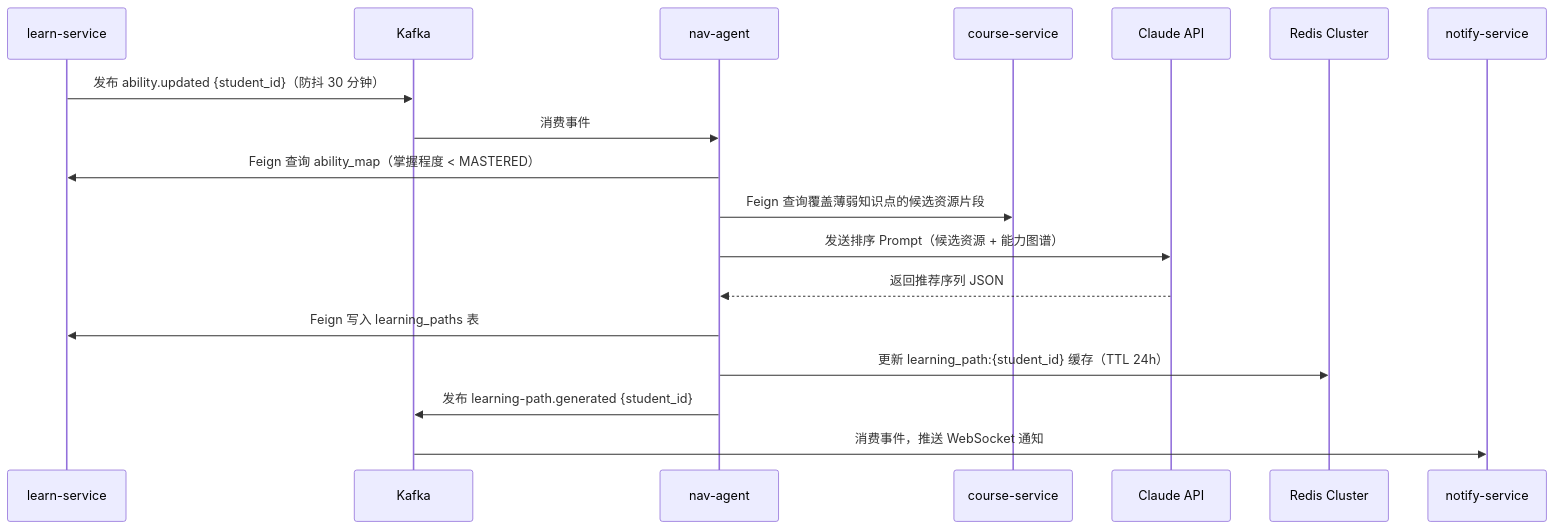
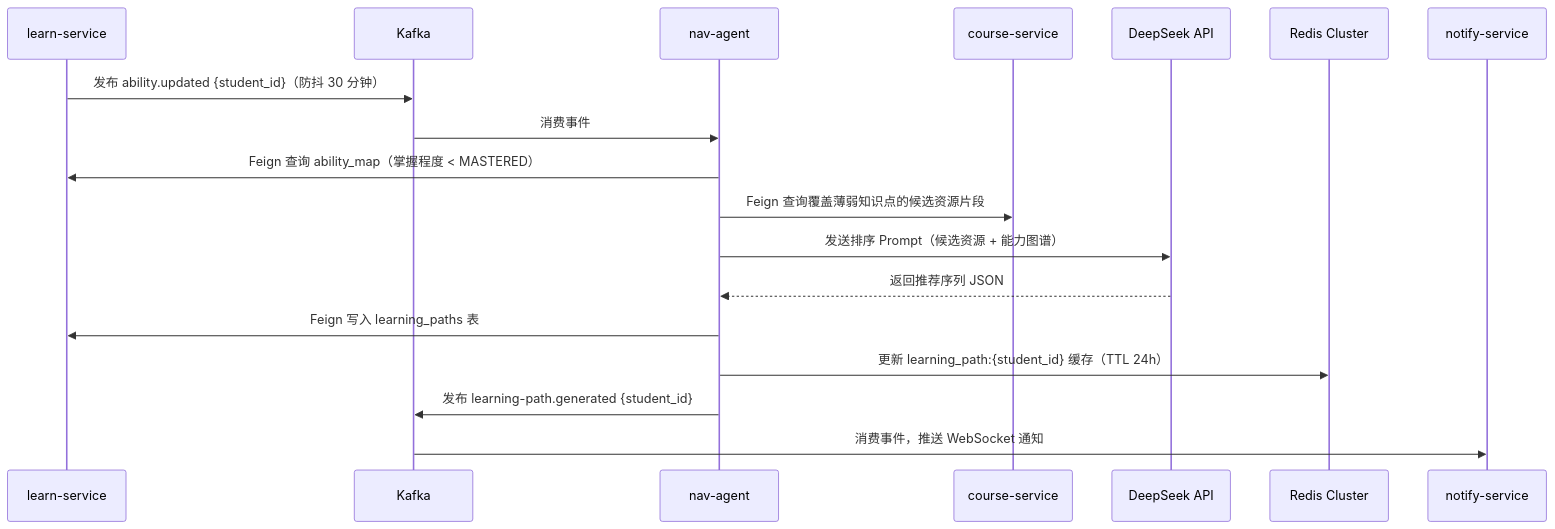
Diagram 13 of 23 in docs/design/SDD-CloudTeachingAI.md (xice-1201/CloudTeachingAI), drawn with Mermaid before and after one commit. The commit also changed other lines of this file and 6 other files, not shown here.

````diff
--- a/docs/design/SDD-CloudTeachingAI.md
+++ b/docs/design/SDD-CloudTeachingAI.md
@@ -1039,21 +1041,21 @@
 ```mermaid
 sequenceDiagram
     participant LearnSvc as learn-service
     participant Kafka as Kafka
     participant NavAgent as nav-agent
     participant CourseSvc as course-service
-    participant Claude as Claude API
+    participant DeepSeek as DeepSeek API
     participant Redis as Redis Cluster
     participant NotifySvc as notify-service
 
     LearnSvc->>Kafka: 发布 ability.updated {student_id}（防抖 30 分钟）
     Kafka->>NavAgent: 消费事件
     NavAgent->>LearnSvc: Feign 查询 ability_map（掌握程度 < MASTERED）
     NavAgent->>CourseSvc: Feign 查询覆盖薄弱知识点的候选资源片段
-    NavAgent->>Claude: 发送排序 Prompt（候选资源 + 能力图谱）
-    Claude-->>NavAgent: 返回推荐序列 JSON
+    NavAgent->>DeepSeek: 发送排序 Prompt（候选资源 + 能力图谱）
+    DeepSeek-->>NavAgent: 返回推荐序列 JSON
     NavAgent->>LearnSvc: Feign 写入 learning_paths 表
     NavAgent->>Redis: 更新 learning_path:{student_id} 缓存（TTL 24h）
     NavAgent->>Kafka: 发布 learning-path.generated {student_id}
     Kafka->>NotifySvc: 消费事件，推送 WebSocket 通知
 ```
````
